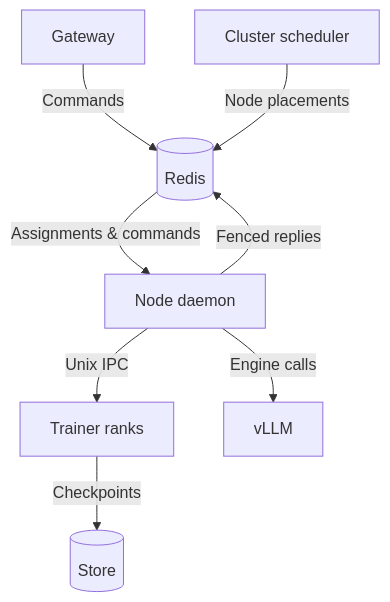
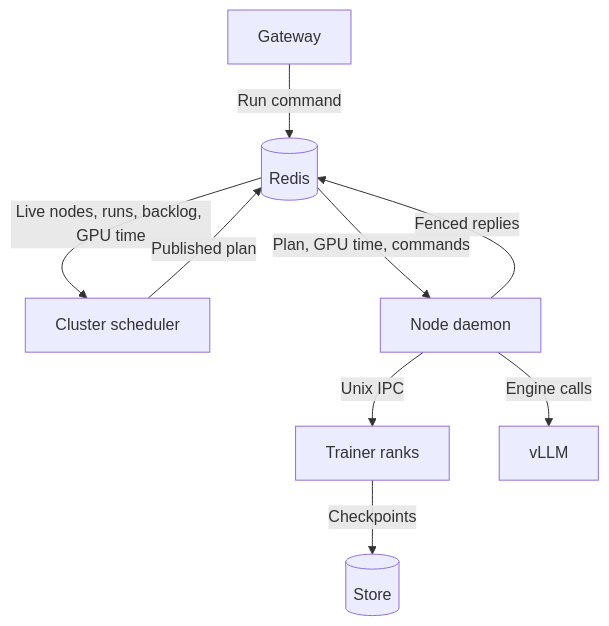
One commit to ShubyM/tiny-open-rl changed the diagram in README.md. Above: the diagram before and after it, drawn with Mermaid. The commit also changed other lines of this file and 13 other files, not shown here.

Commit message:
Let the scheduler own the working plan and publish assignments to nodes

````diff
--- a/README.md
+++ b/README.md
@@ -37,10 +39,11 @@
 ```mermaid
 flowchart TD
-  G["Gateway"] -->|Commands| R[("Redis")]
-  S["Cluster scheduler"] -->|Node placements| R
-  R -->|Assignments & commands| N["Node daemon"]
+  G["Gateway"] -->|Run command| R[("Redis")]
+  R -->|Live nodes, runs, backlog, GPU time| S["Cluster scheduler"]
+  S -->|Published plan| R
+  R -->|Plan, GPU time, commands| N["Node daemon"]
   N -->|Unix IPC| T["Trainer ranks"]
   N -->|Engine calls| V["vLLM"]
   T -->|Checkpoints| C[("Store")]
   N -->|Fenced replies| R
 ```
````
